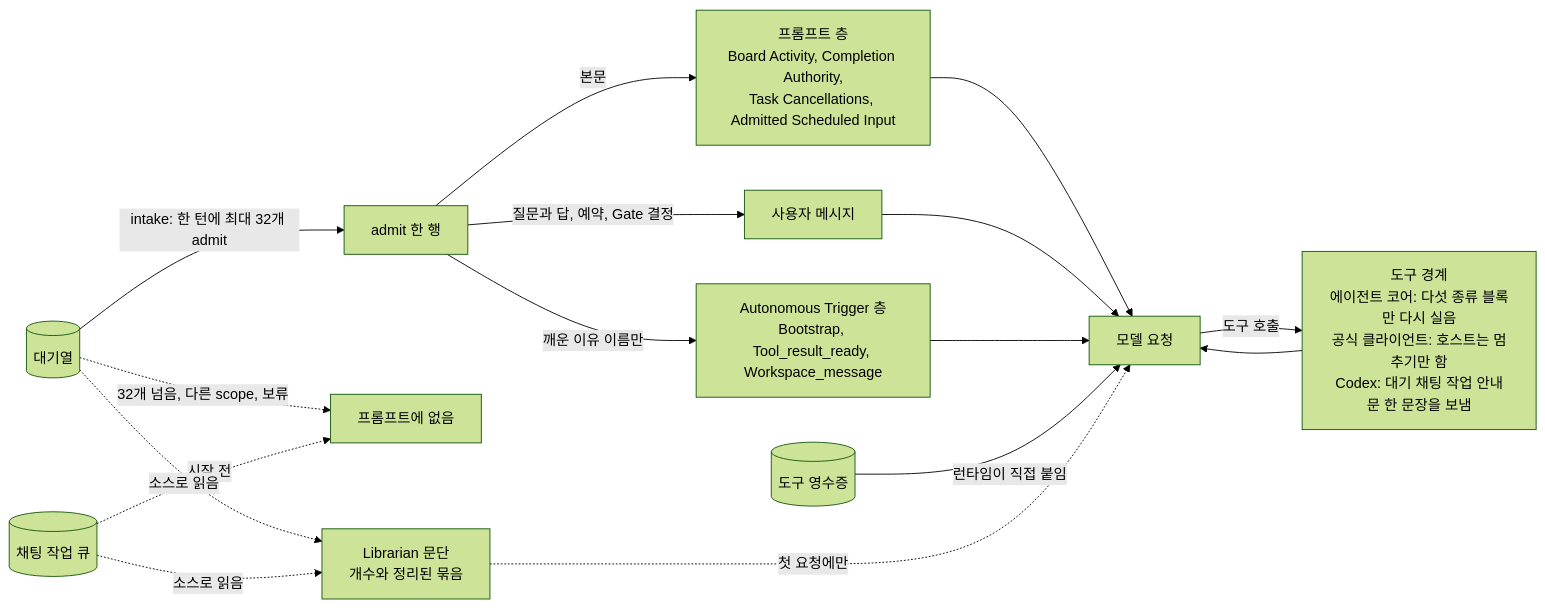
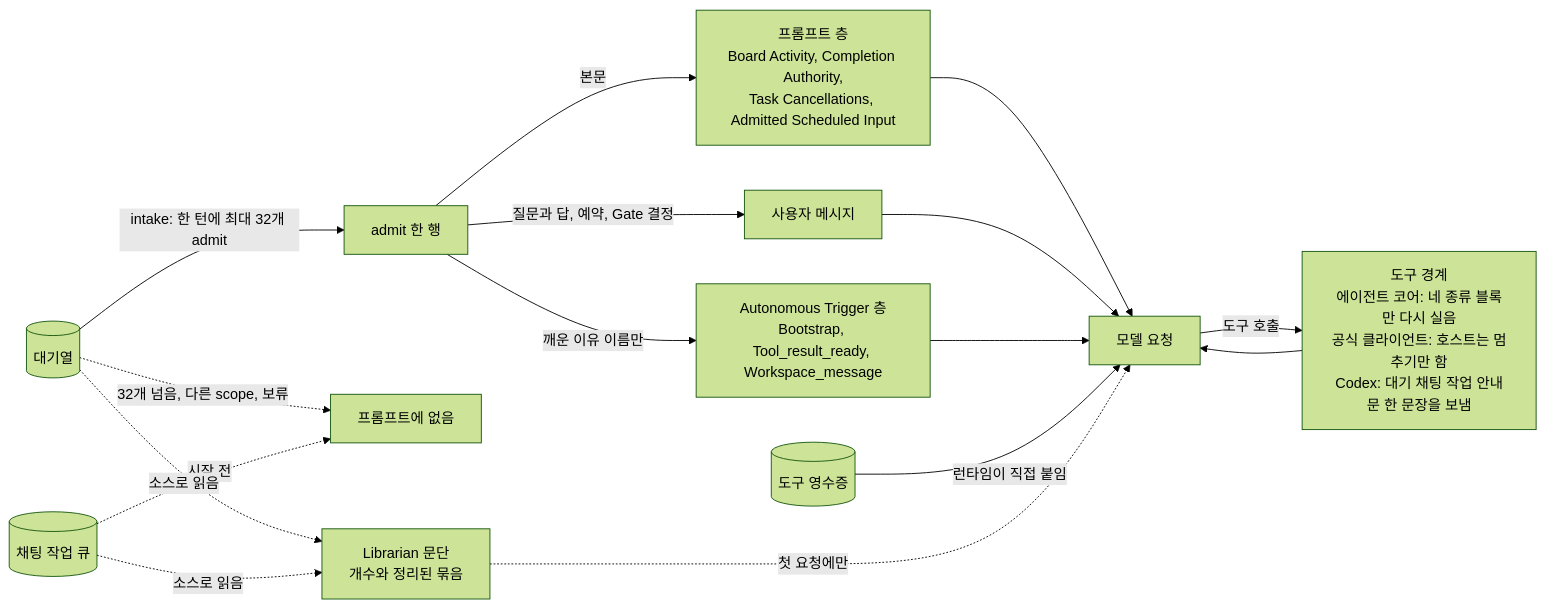
The third of 5 diagrams in docs/rfc/RFC-backlog-never-preempts-a-running-turn.md (jeong-sik/masc), drawn with Mermaid (forest theme) before and after one commit. The commit also changed other lines of this file and 5 other files, not shown here.

````diff
--- a/docs/rfc/RFC-backlog-never-preempts-a-running-turn.md
+++ b/docs/rfc/RFC-backlog-never-preempts-a-running-turn.md
@@ -189,18 +189,18 @@
 ```mermaid
 flowchart LR
     Q[("대기열")] -->|"intake: 한 턴에 최대 32개 admit"| A["admit 한 행"]
     A -->|"본문"| L["프롬프트 층<br/>Board Activity, Completion Authority,<br/>Task Cancellations, Admitted Scheduled Input"]
     A -->|"질문과 답, 예약, Gate 결정"| U["사용자 메시지"]
     A -->|"깨운 이유 이름만"| W["Autonomous Trigger 층<br/>Bootstrap, Tool_result_ready, Workspace_message"]
     Q -.->|"32개 넘음, 다른 scope, 보류"| H["프롬프트에 없음"]
     C[("채팅 작업 큐")] -.->|"시작 전"| H
     L --> P["모델 요청"]
     U --> P
     W --> P
     R[("도구 영수증")] -->|"런타임이 직접 붙임"| P
     Q -.->|"소스로 읽음"| J["Librarian 문단<br/>개수와 정리된 묶음"]
     C -.->|"소스로 읽음"| J
     J -.->|"첫 요청에만"| P
-    P -->|"도구 호출"| T["도구 경계<br/>에이전트 코어: 다섯 종류 블록만 다시 실음<br/>공식 클라이언트: 호스트는 멈추기만 함<br/>Codex: 대기 채팅 작업 안내문 한 문장을 보냄"]
+    P -->|"도구 호출"| T["도구 경계<br/>에이전트 코어: 네 종류 블록만 다시 실음<br/>공식 클라이언트: 호스트는 멈추기만 함<br/>Codex: 대기 채팅 작업 안내문 한 문장을 보냄"]
     T --> P
 ```
````
